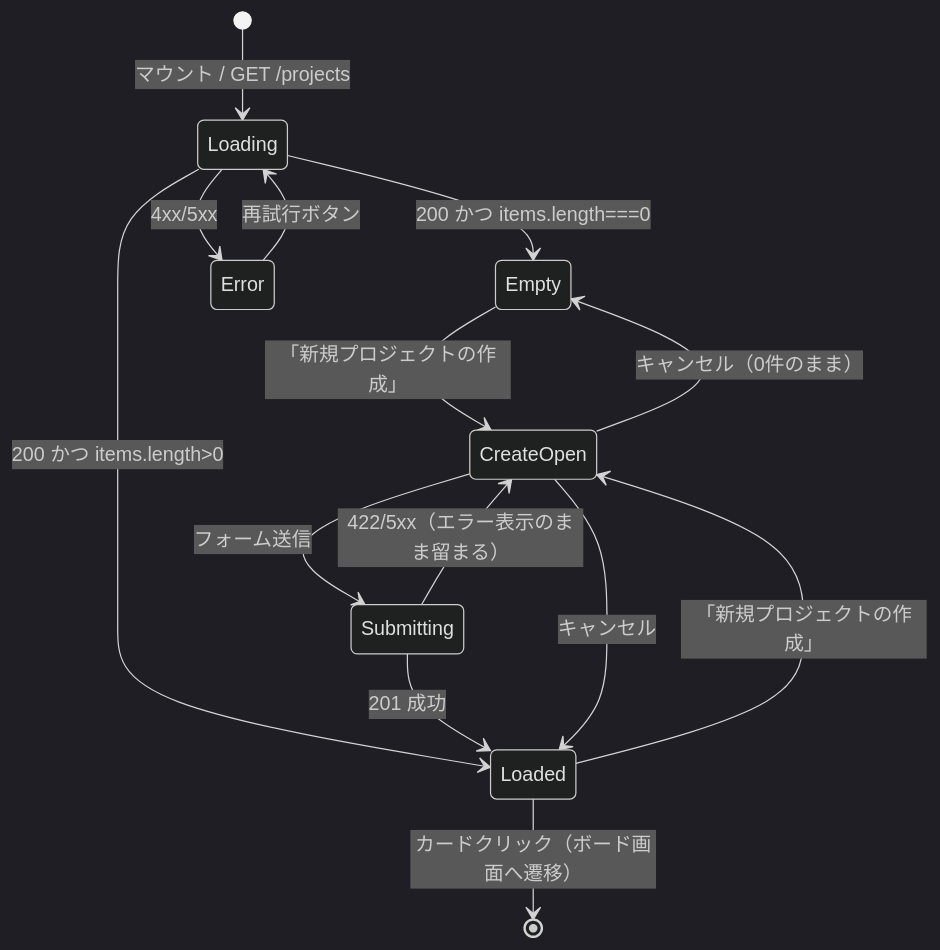
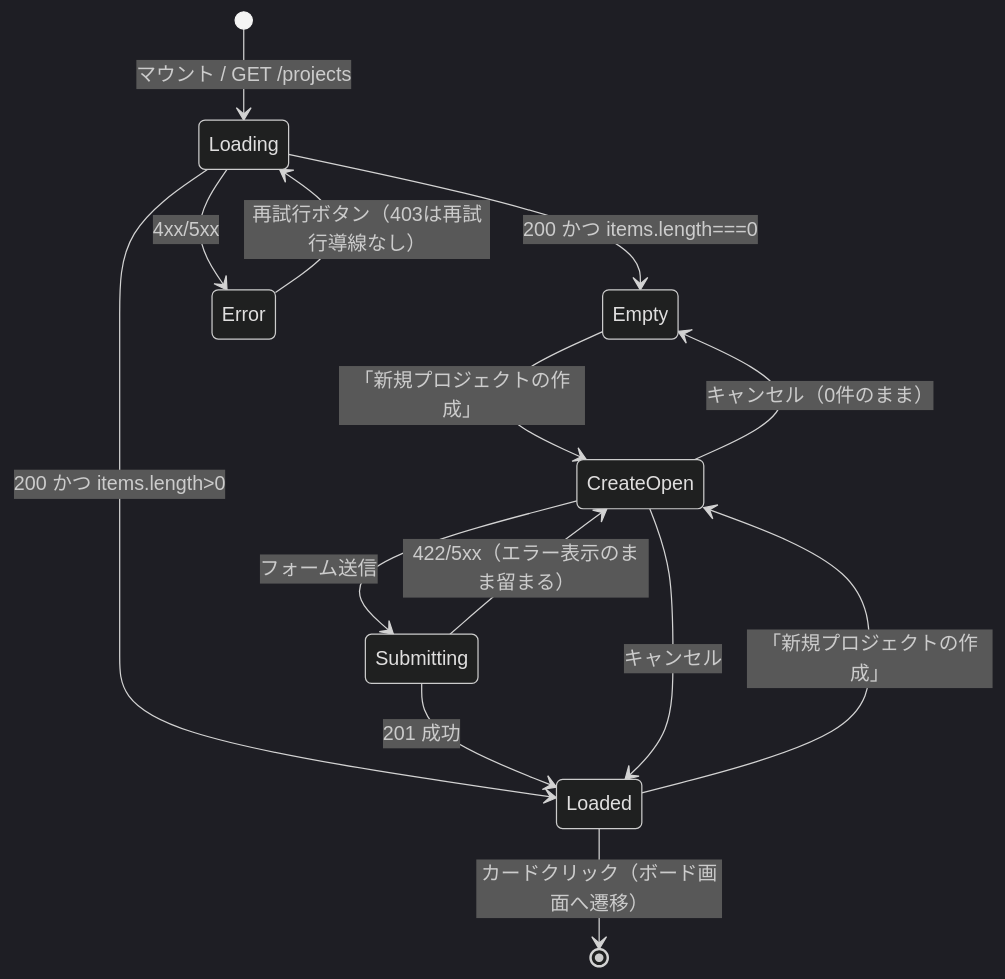
One commit to oikawa-d/task_management changed the first of 5 diagrams in docs/detailed_design/screen/06_dashboard.md. Above: the diagram before and after it, drawn with Mermaid (dark theme). The commit also changed other lines of this file and 9 other files, not shown here.

````diff
--- a/docs/detailed_design/screen/06_dashboard.md
+++ b/docs/detailed_design/screen/06_dashboard.md
@@ -112,16 +113,16 @@
 ```mermaid
 stateDiagram-v2
     [*] --> Loading: マウント / GET /projects
     Loading --> Empty: 200 かつ items.length===0
     Loading --> Loaded: 200 かつ items.length>0
     Loading --> Error: 4xx/5xx
-    Error --> Loading: 再試行ボタン
+    Error --> Loading: 再試行ボタン（403は再試行導線なし）
     Empty --> CreateOpen: 「新規プロジェクトの作成」
     Loaded --> CreateOpen: 「新規プロジェクトの作成」
     CreateOpen --> Submitting: フォーム送信
     Submitting --> Loaded: 201 成功
     Submitting --> CreateOpen: 422/5xx（エラー表示のまま留まる）
     CreateOpen --> Loaded: キャンセル
     CreateOpen --> Empty: キャンセル（0件のまま）
     Loaded --> [*]: カードクリック（ボード画面へ遷移）
 ```
````
